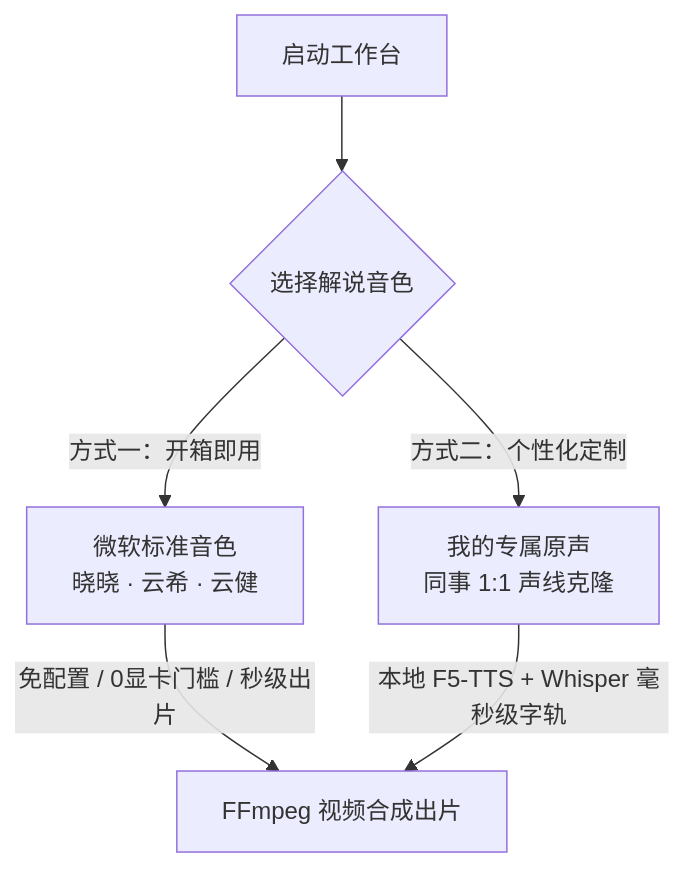
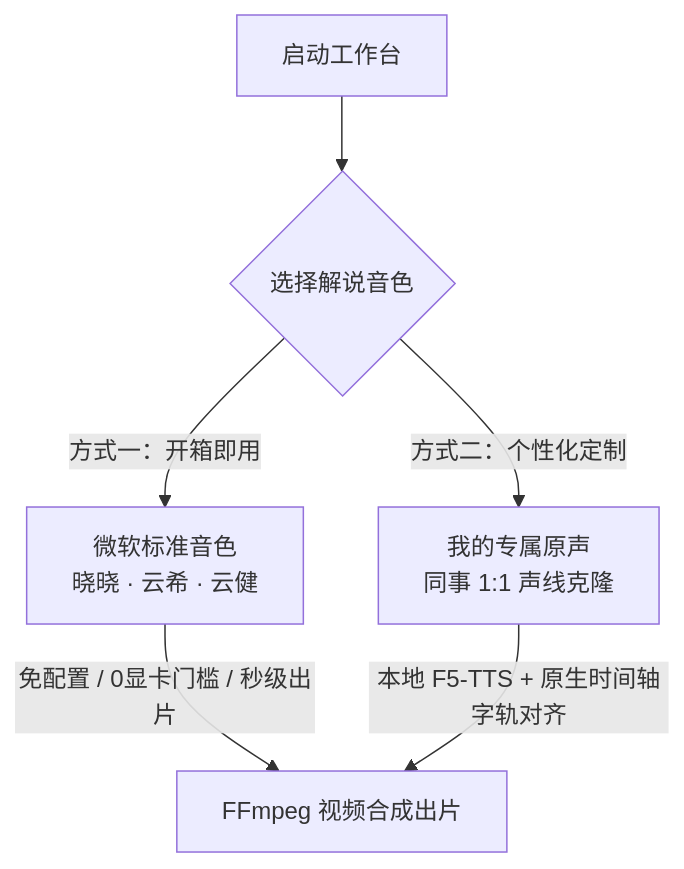
One commit to a916791360/openscreen-studio changed the diagram in README.md. Above: the diagram before and after it, drawn with Mermaid. The commit also changed other lines of this file and 6 other files, not shown here.

````diff
--- a/README.md
+++ b/README.md
@@ -42,8 +42,8 @@
 ```mermaid
 flowchart TD
     A[启动工作台] --> B{选择解说音色}
     B -->|方式一：开箱即用| C[微软标准音色<br>晓晓 · 云希 · 云健]
     C -->|免配置 / 0显卡门槛 / 秒级出片| E[FFmpeg 视频合成出片]
     B -->|方式二：个性化定制| D[我的专属原声<br>同事 1:1 声线克隆]
-    D -->|本地 F5-TTS + Whisper 毫秒级字轨| E
+    D -->|本地 F5-TTS + 原生时间轴字轨对齐| E
 ```
````
